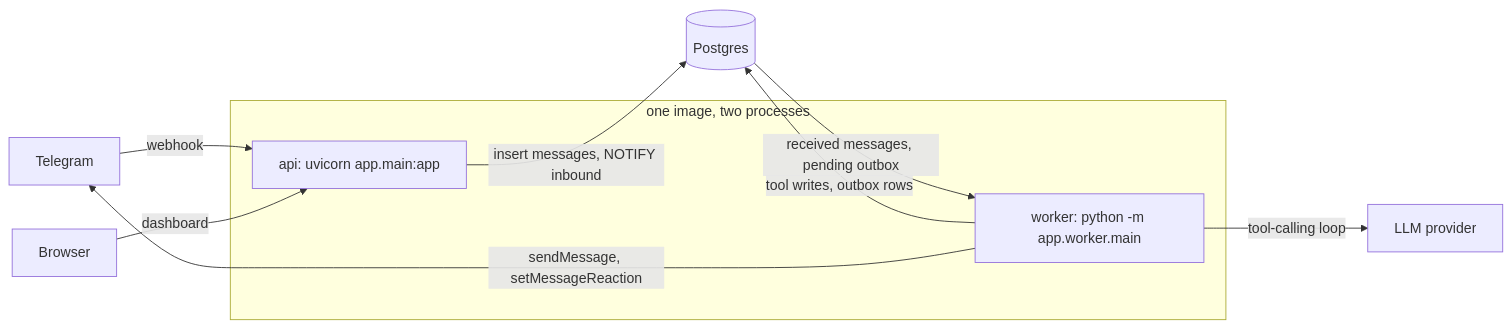
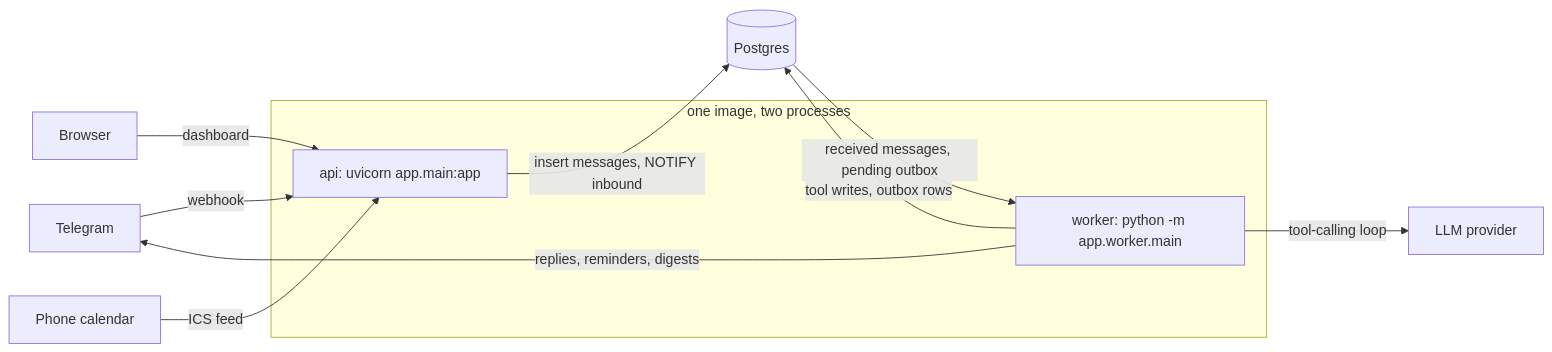
Before and after one commit to olamide226/houseagent: the diagram in docs/diagrams/architecture.mmd, drawn with Mermaid. The commit also changed 12 other files, not shown here.

Commit message:
docs: calendar, reminders, quiet hours, worker jobs, the feed, and ADRs 0012 to 0015

```diff
--- a/docs/diagrams/architecture.mmd
+++ b/docs/diagrams/architecture.mmd
@@ -1,12 +1,13 @@
 flowchart LR
     TG[Telegram] -- webhook --> API
     Browser -- dashboard --> API
+    Cal[Phone calendar] -- "ICS feed" --> API
     subgraph image[one image, two processes]
         API[api: uvicorn app.main:app]
         W[worker: python -m app.worker.main]
     end
     API -- "insert messages, NOTIFY inbound" --> PG[(Postgres)]
     PG -- "received messages, pending outbox" --> W
     W -- "tool writes, outbox rows" --> PG
     W -- tool-calling loop --> LLM[LLM provider]
-    W -- "sendMessage, setMessageReaction" --> TG
+    W -- "replies, reminders, digests" --> TG
```
